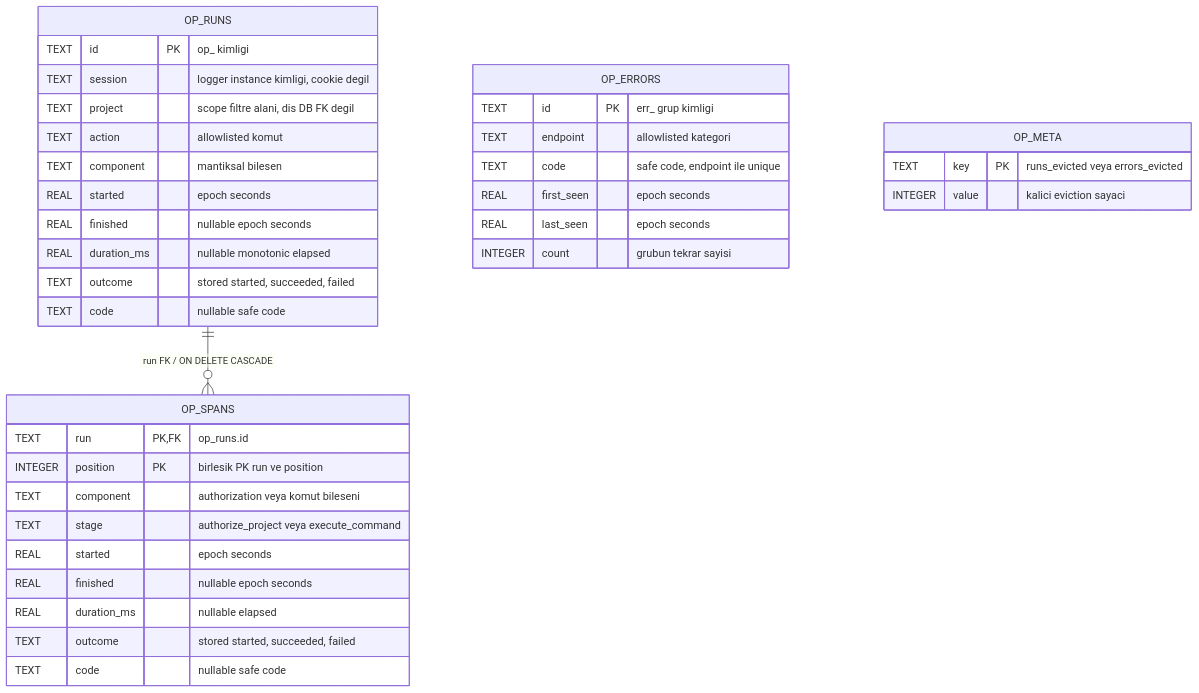
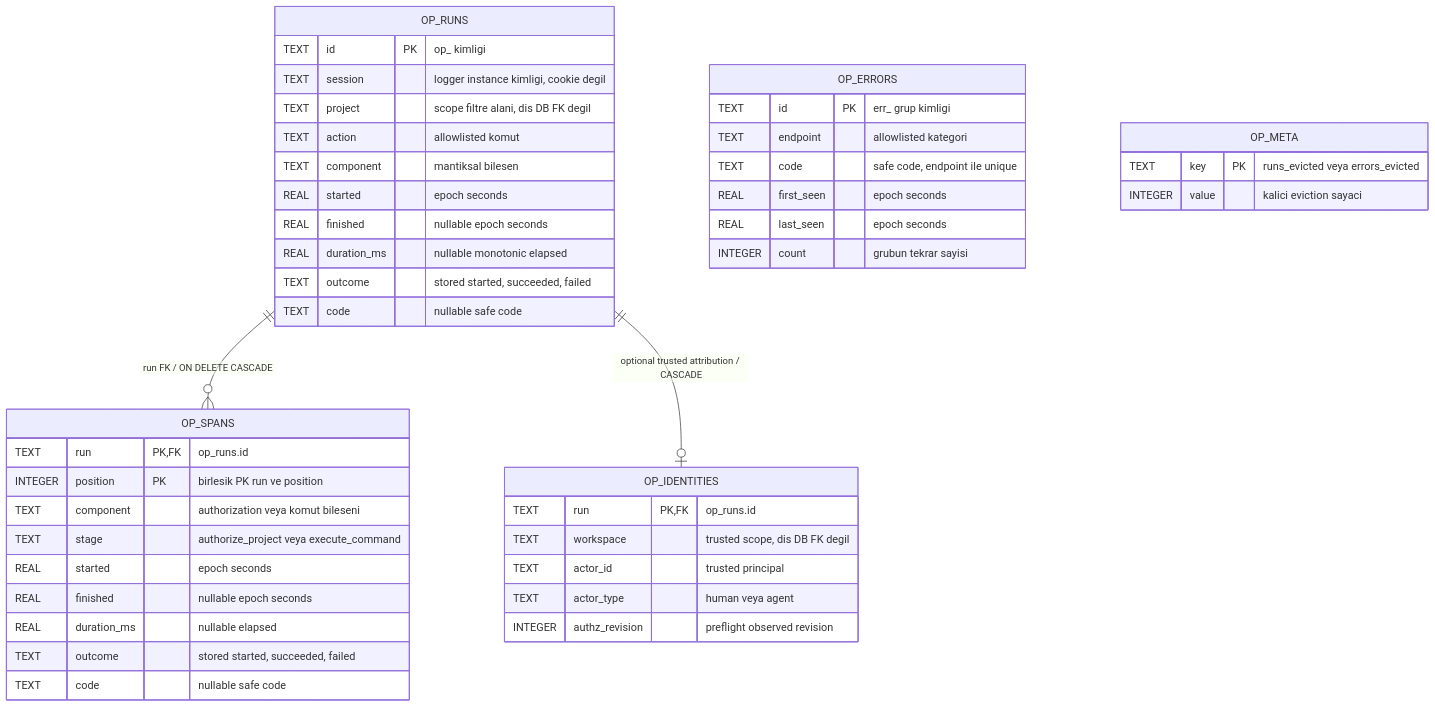
The second of 3 diagrams in docs/architecture/logging-diagrams-and-schema.md (alphanAkbulut/decivora), drawn with Mermaid before and after one commit. The commit also changed other lines of this file and 16 other files, not shown here.

Commit message:
Add trusted preflight identity to local operation traces and preserve team access gate

````diff
--- a/docs/architecture/logging-diagrams-and-schema.md
+++ b/docs/architecture/logging-diagrams-and-schema.md
@@ -49,41 +49,49 @@
 ```mermaid
 erDiagram
   accTitle: Mevcut yerel operational SQLite tabloları
-  accDescr: op_runs ve op_spans gerçek run yabancı anahtarıyla bağlıdır. op_errors endpoint ve kodla gruplanır, run yabancı anahtarı yoktur. op_meta saklama sınırında çıkarılan kayıt sayaçlarını tutar. Kanonik DB bu ER kapsamının dışındadır.
+  accDescr: op_runs ve op_spans gerçek run yabancı anahtarıyla bağlıdır. op_errors endpoint ve kodla gruplanır, run yabancı anahtarı yoktur. op_meta saklama sınırında çıkarılan kayıt sayaçlarını tutar. op_identities yeni izlerin trusted preflight kimliğini opsiyonel bire bir ilişkide tutar. Kanonik DB bu ER kapsamının dışındadır.
   OP_RUNS ||--o{ OP_SPANS : "run FK / ON DELETE CASCADE"
+  OP_RUNS ||--o| OP_IDENTITIES : "optional trusted attribution / CASCADE"
+  OP_IDENTITIES {
+    TEXT run PK,FK "op_runs.id"
+    TEXT workspace "trusted scope, dis DB FK degil"
+    TEXT actor_id "trusted principal"
+    TEXT actor_type "human veya agent"
+    INTEGER authz_revision "preflight observed revision"
+  }
   OP_RUNS {
     TEXT id PK "op_ kimligi"
     TEXT session "logger instance kimligi, cookie degil"
     TEXT project "scope filtre alani, dis DB FK degil"
     TEXT action "allowlisted komut"
     TEXT component "mantiksal bilesen"
     REAL started "epoch seconds"
     REAL finished "nullable epoch seconds"
     REAL duration_ms "nullable monotonic elapsed"
     TEXT outcome "stored started, succeeded, failed"
     TEXT code "nullable safe code"
   }
   OP_SPANS {
     TEXT run PK,FK "op_runs.id"
     INTEGER position PK "birlesik PK run ve position"
     TEXT component "authorization veya komut bileseni"
     TEXT stage "authorize_project veya execute_command"
     REAL started "epoch seconds"
     REAL finished "nullable epoch seconds"
     REAL duration_ms "nullable elapsed"
     TEXT outcome "stored started, succeeded, failed"
     TEXT code "nullable safe code"
   }
   OP_ERRORS {
     TEXT id PK "err_ grup kimligi"
     TEXT endpoint "allowlisted kategori"
     TEXT code "safe code, endpoint ile unique"
     REAL first_seen "epoch seconds"
     REAL last_seen "epoch seconds"
     INTEGER count "grubun tekrar sayisi"
   }
   OP_META {
     TEXT key PK "runs_evicted veya errors_evicted"
     INTEGER value "kalici eviction sayaci"
   }
 ```
````
